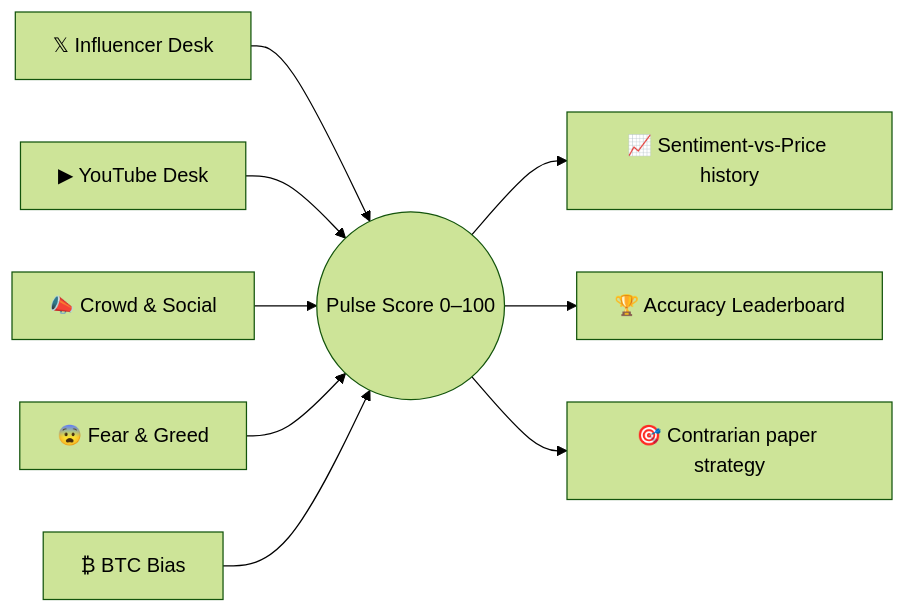
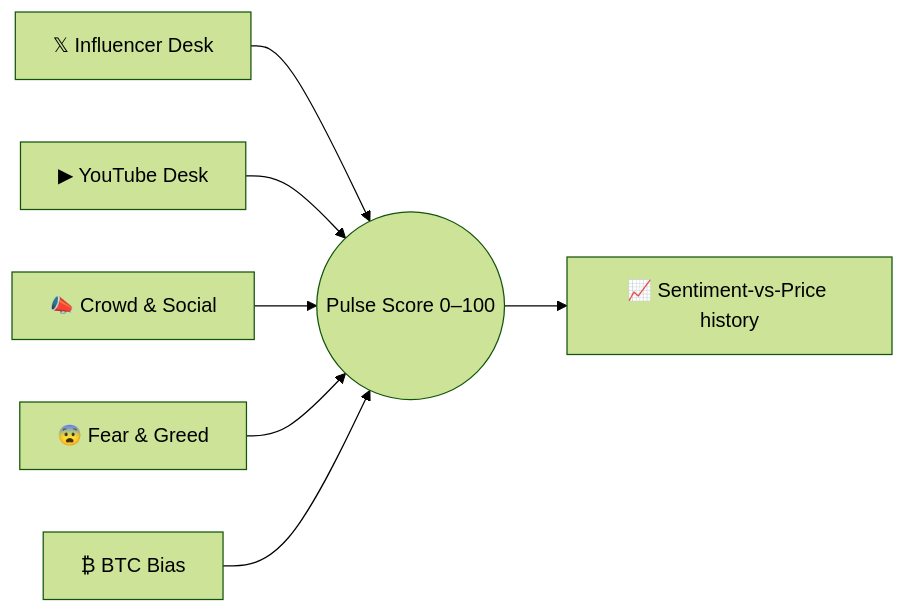
The diagram in pulse.md (formionai/docs), drawn with Mermaid (forest theme) before and after one commit. The commit also changed other lines of this file and 47 other files, not shown here.

````diff
--- a/pulse.md
+++ b/pulse.md
@@ -11,11 +11,9 @@
 ```mermaid
 flowchart LR
   X["𝕏 Influencer Desk"] --> P(("Pulse Score 0–100"))
   Y["▶ YouTube Desk"] --> P
   C["📣 Crowd & Social"] --> P
   F["😨 Fear & Greed"] --> P
   B["₿ BTC Bias"] --> P
   P --> S["📈 Sentiment-vs-Price history"]
-  P --> L["🏆 Accuracy Leaderboard"]
-  P --> T["🎯 Contrarian paper strategy"]
 ```
````
